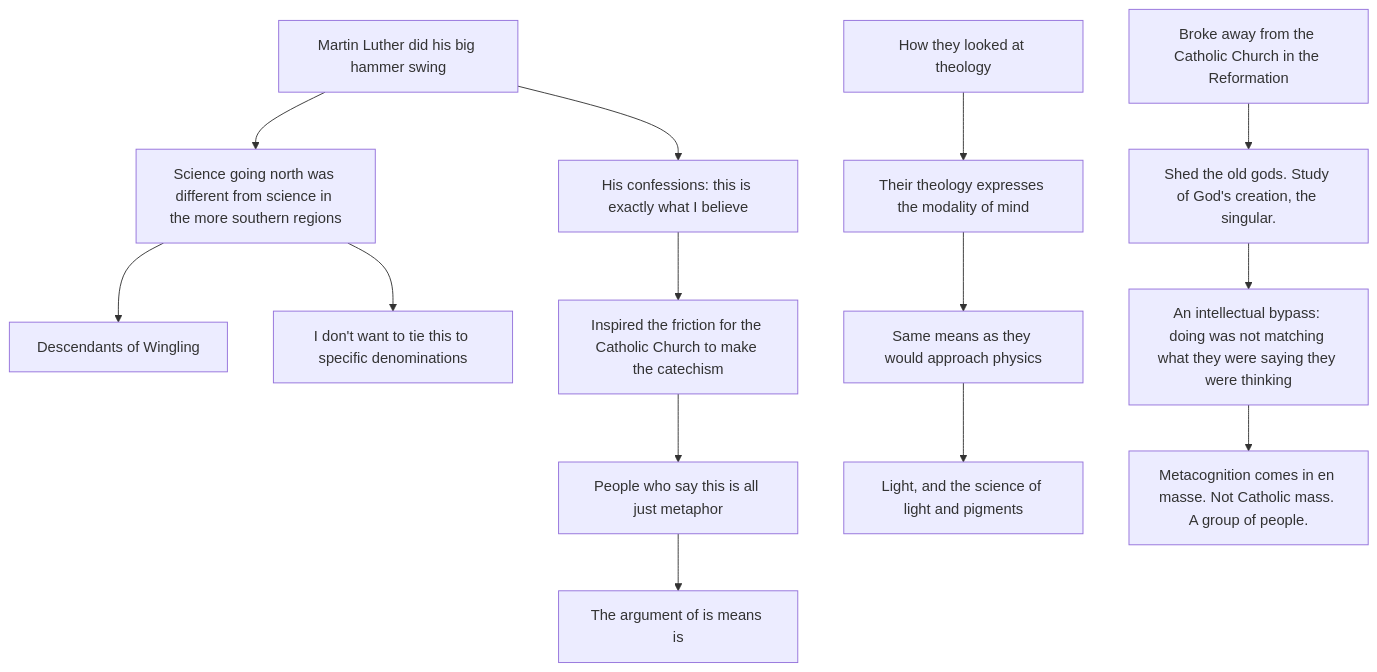
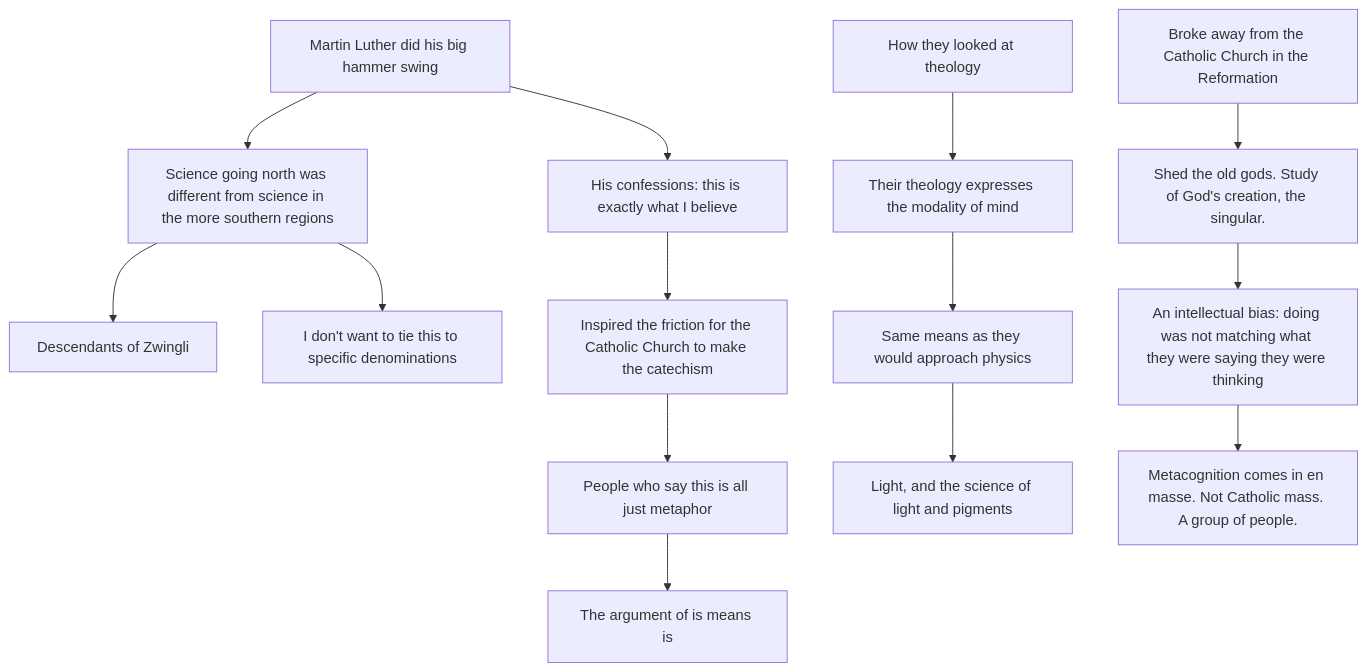
Before and after one commit to bosley/observations: the seventh of 17 diagrams in writings/110626/ideas.md, drawn with Mermaid. The commit also changed other lines of this file and 1 other file, not shown here.

Commit message:
longform

````diff
--- a/writings/110626/ideas.md
+++ b/writings/110626/ideas.md
@@ -125,19 +125,19 @@
 ```mermaid
 flowchart TD
   hammer["Martin Luther did his big hammer swing"]
   hammer --> northSouth["Science going north was different from science in the more southern regions"]
-  northSouth --> wingling["Descendants of Wingling"]
+  northSouth --> zwingli["Descendants of Zwingli"]
   northSouth --> noDenom["I don't want to tie this to specific denominations"]
   hammer --> confessions["His confessions: this is exactly what I believe"]
   confessions --> friction["Inspired the friction for the Catholic Church to make the catechism"]
   friction --> metaphor["People who say this is all just metaphor"]
   metaphor --> isMeansIs["The argument of is means is"]
   theology["How they looked at theology"]
   theology --> modality["Their theology expresses the modality of mind"]
   modality --> physics["Same means as they would approach physics"]
   physics --> light["Light, and the science of light and pigments"]
   reformation["Broke away from the Catholic Church in the Reformation"]
   reformation --> oldGods["Shed the old gods. Study of God's creation, the singular."]
-  oldGods --> bypass["An intellectual bypass: doing was not matching what they were saying they were thinking"]
-  bypass --> enMasse["Metacognition comes in en masse. Not Catholic mass. A group of people."]
+  oldGods --> bias["An intellectual bias: doing was not matching what they were saying they were thinking"]
+  bias --> enMasse["Metacognition comes in en masse. Not Catholic mass. A group of people."]
 ```
````
